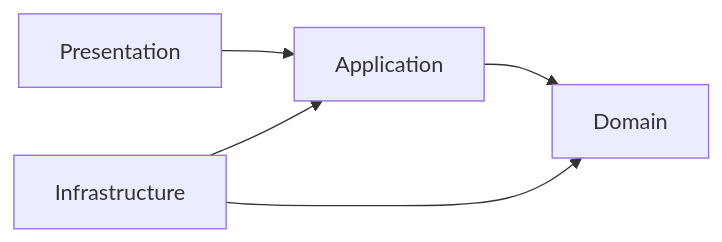
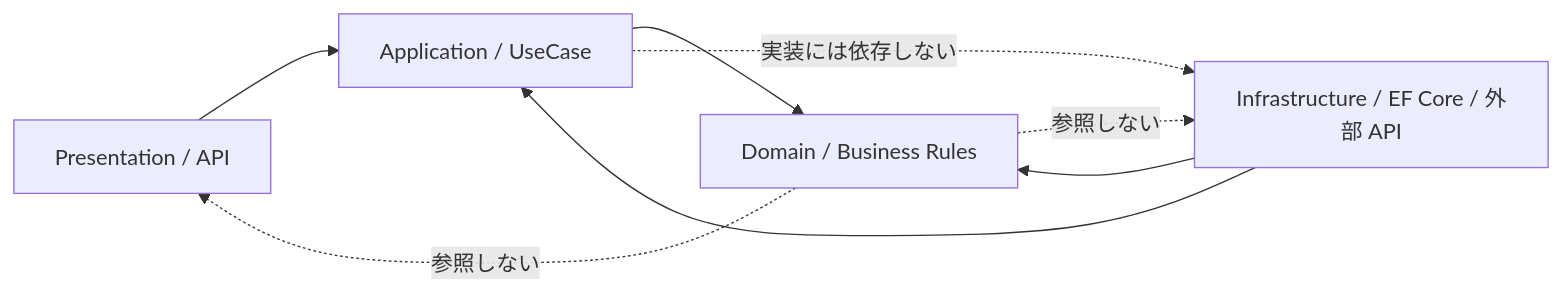
Before and after one commit to t-shirayama/domain-driven-design-notes: the diagram in docs/07_設計判断と実装パターン/02_依存方向.md, drawn with Mermaid. The commit also changed 10 other files, not shown here.

Commit message:
docs: add ddd diagrams and implementation notes

````diff
--- a/docs/07_設計判断と実装パターン/02_依存方向.md
+++ b/docs/07_設計判断と実装パターン/02_依存方向.md
@@ -5,7 +5,11 @@
 ```mermaid
 flowchart LR
-  Presentation --> Application
+  Presentation[Presentation / API] --> Application[Application / UseCase]
+  Infrastructure[Infrastructure / EF Core / 外部 API] --> Application
+  Infrastructure --> Domain[Domain / Business Rules]
   Application --> Domain
-  Infrastructure --> Application
-  Infrastructure --> Domain
+
+  Domain -. 参照しない .-> Infrastructure
+  Domain -. 参照しない .-> Presentation
+  Application -. 実装には依存しない .-> Infrastructure
 ```
````
